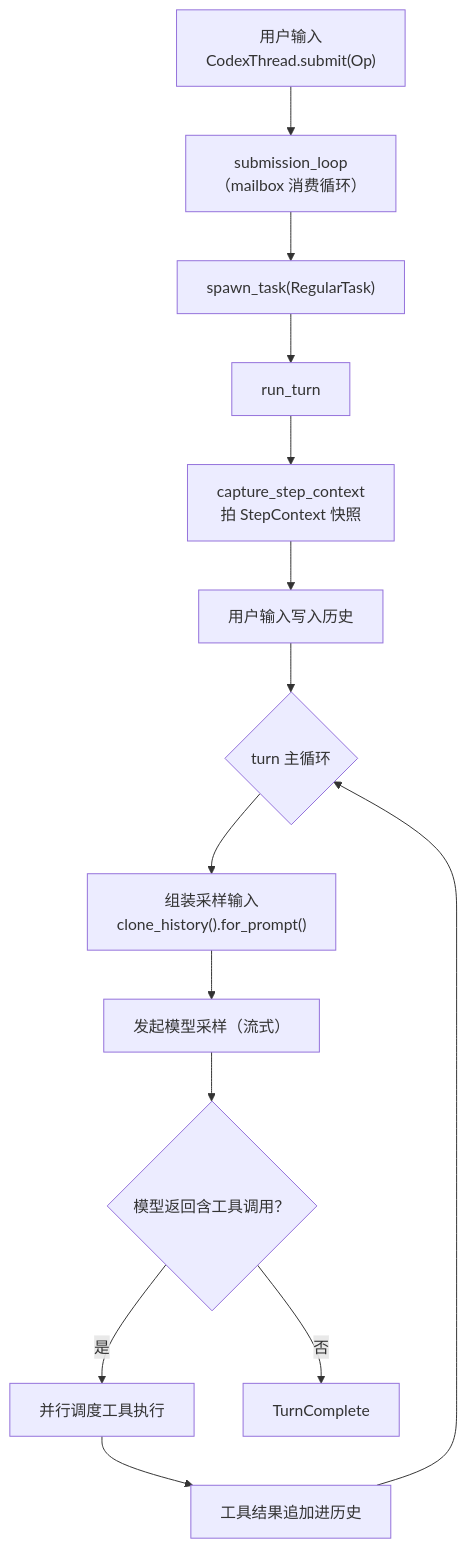
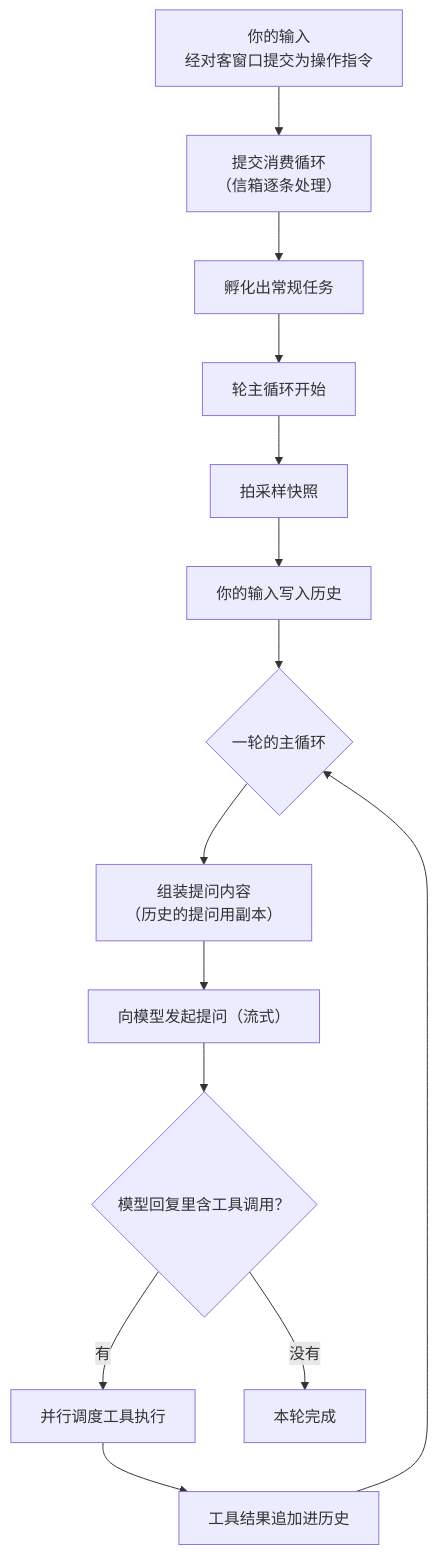
Before and after one commit to 13927/codex-book: the second of 3 diagrams in src/part3/agent-core.md, drawn with Mermaid. The commit also changed other lines of this file and 14 other files, not shown here.

````diff
--- a/src/part3/agent-core.md
+++ b/src/part3/agent-core.md
@@ -56,16 +86,16 @@
 ```mermaid
 flowchart TD
-    A["用户输入<br/>CodexThread.submit(Op)"] --> B["submission_loop<br/>（mailbox 消费循环）"]
-    B --> C["spawn_task(RegularTask)"]
-    C --> D["run_turn"]
-    D --> E["capture_step_context<br/>拍 StepContext 快照"]
-    E --> F["用户输入写入历史"]
-    F --> G{"turn 主循环"}
-    G --> H["组装采样输入<br/>clone_history().for_prompt()"]
-    H --> I["发起模型采样（流式）"]
-    I --> J{"模型返回含工具调用？"}
-    J -- "是" --> K["并行调度工具执行"]
+    A["你的输入<br/>经对客窗口提交为操作指令"] --> B["提交消费循环<br/>（信箱逐条处理）"]
+    B --> C["孵化出常规任务"]
+    C --> D["轮主循环开始"]
+    D --> E["拍采样快照"]
+    E --> F["你的输入写入历史"]
+    F --> G{"一轮的主循环"}
+    G --> H["组装提问内容<br/>（历史的提问用副本）"]
+    H --> I["向模型发起提问（流式）"]
+    I --> J{"模型回复里含工具调用？"}
+    J -- "有" --> K["并行调度工具执行"]
     K --> L["工具结果追加进历史"]
     L --> G
-    J -- "否" --> M["TurnComplete"]
+    J -- "没有" --> M["本轮完成"]
 ```
````
